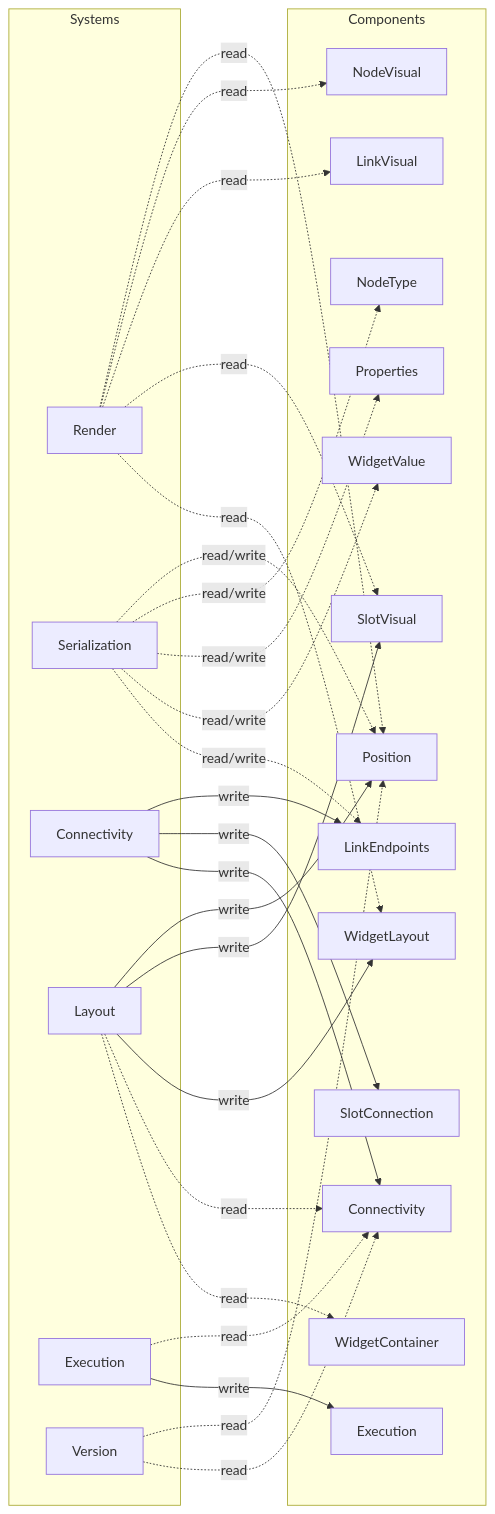
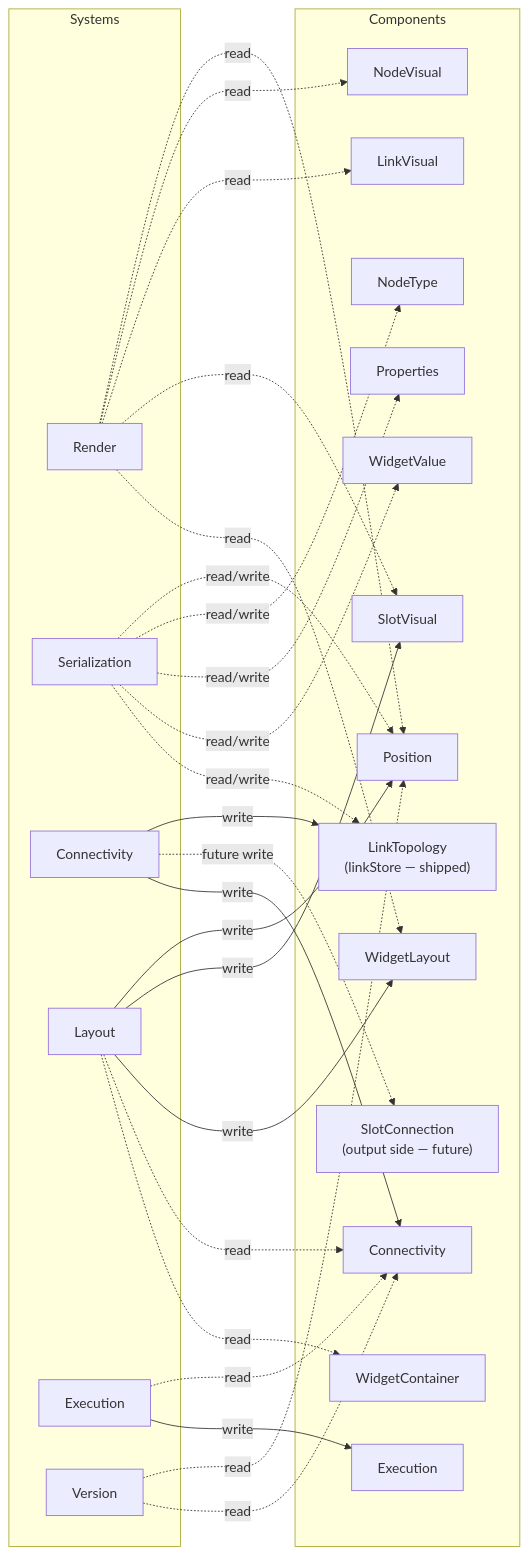
The seventh of 12 diagrams in docs/architecture/ecs-target-architecture.md (Comfy-Org/ComfyUI_frontend), drawn with Mermaid before and after one commit. The commit also changed other lines of this file and 372 other files, not shown here.

````diff
--- a/docs/architecture/ecs-target-architecture.md
+++ b/docs/architecture/ecs-target-architecture.md
@@ -296,55 +334,57 @@
 ```mermaid
 graph LR
     subgraph Systems
         RS["Render"]
         SS["Serialization"]
         CS["Connectivity"]
         LS["Layout"]
         ES["Execution"]
         VS["Version"]
     end
 
     subgraph Components
         Pos["Position"]
         NV["NodeVisual"]
         NT["NodeType"]
         Con["Connectivity"]
         Exe["Execution"]
         Props["Properties"]
         WC["WidgetContainer"]
-        LE["LinkEndpoints"]
+        LE["LinkTopology
+(linkStore — shipped)"]
         LV["LinkVisual"]
-        SC["SlotConnection"]
+        SC["SlotConnection
+(output side — future)"]
         SV["SlotVisual"]
         WVal["WidgetValue"]
         WL["WidgetLayout"]
     end
 
     RS -.->|read| Pos
     RS -.->|read| NV
     RS -.->|read| LV
     RS -.->|read| SV
     RS -.->|read| WL
 
     LS -->|write| Pos
     LS -->|write| SV
     LS -->|write| WL
     LS -.->|read| Con
     LS -.->|read| WC
 
     CS -->|write| LE
-    CS -->|write| SC
+    CS -.->|future write| SC
     CS -->|write| Con
 
     ES -.->|read| Con
     ES -->|write| Exe
 
     SS -.->|read/write| Pos
     SS -.->|read/write| NT
     SS -.->|read/write| Props
     SS -.->|read/write| WVal
     SS -.->|read/write| LE
 
     VS -.->|read| Pos
     VS -.->|read| Con
 ```
````
